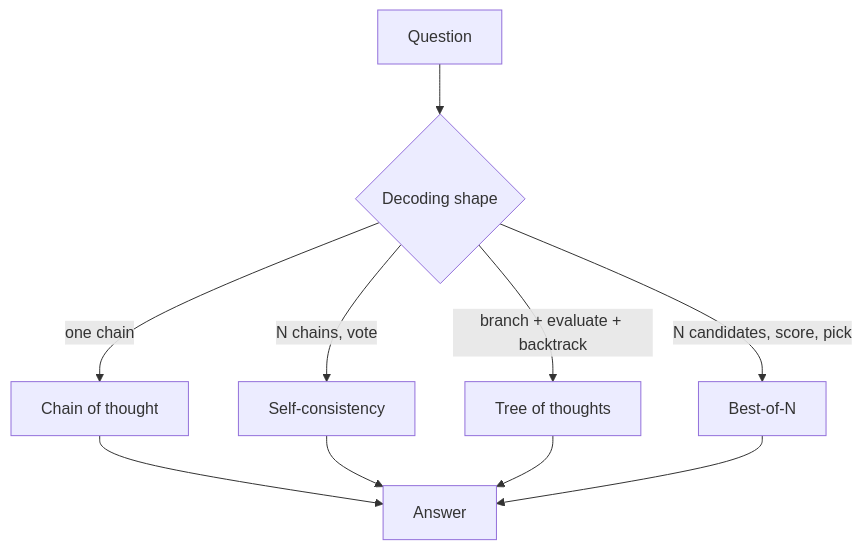
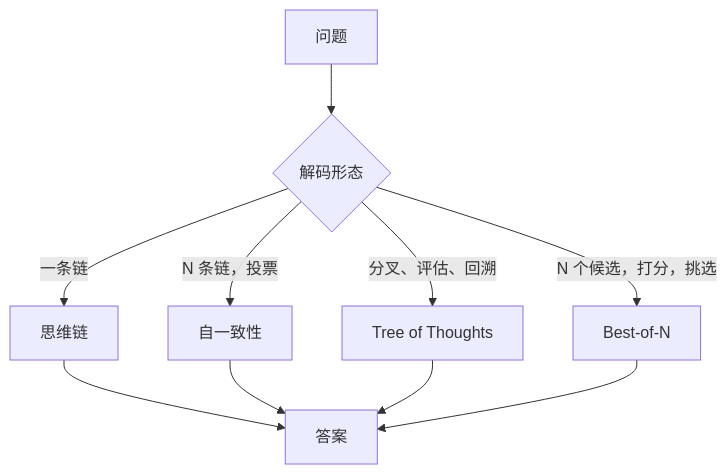
One commit to latere-ai/ai-as-an-infrastructure changed the first of 3 diagrams in zh/p3-reasoning/13-eliciting-reasoning.qmd. Above: the diagram before and after it, drawn with Mermaid. The commit also changed other lines of this file and 73 other files, not shown here.

First line of the commit message:
book: add concept diagrams across all chapters, bilingual

````diff
--- a/zh/p3-reasoning/13-eliciting-reasoning.qmd
+++ b/zh/p3-reasoning/13-eliciting-reasoning.qmd
@@ -53,12 +53,14 @@
 ```{mermaid}
+%%| label: fig-eliciting-reasoning-shapes
+%%| fig-cap: "从一个固定模型引出并选择推理的四种解码形态。每一种都比贪心解码花费更多推理算力，只是结构不同。"
 flowchart TB
-  Q[Question] --> M{Decoding shape}
-  M -->|one chain| CoT[Chain of thought]
-  M -->|N chains, vote| SC[Self-consistency]
-  M -->|branch + evaluate + backtrack| ToT[Tree of thoughts]
-  M -->|N candidates, score, pick| BoN[Best-of-N]
-  CoT --> A[Answer]
+  Q[问题] --> M{解码形态}
+  M -->|一条链| CoT[思维链]
+  M -->|N 条链，投票| SC[自一致性]
+  M -->|分叉、评估、回溯| ToT[Tree of Thoughts]
+  M -->|N 个候选，打分，挑选| BoN[Best-of-N]
+  CoT --> A[答案]
   SC --> A
   ToT --> A
   BoN --> A
 ```
````
